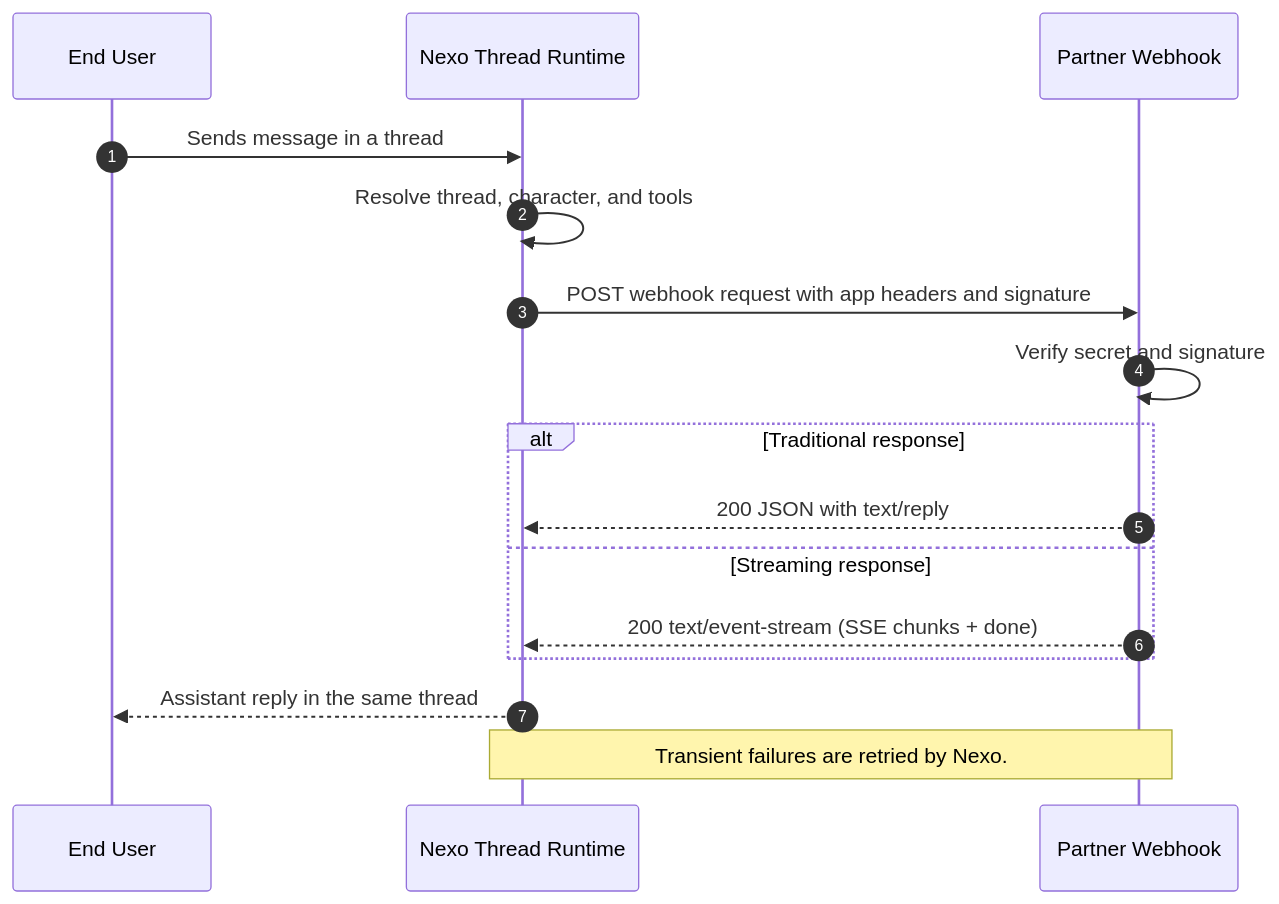
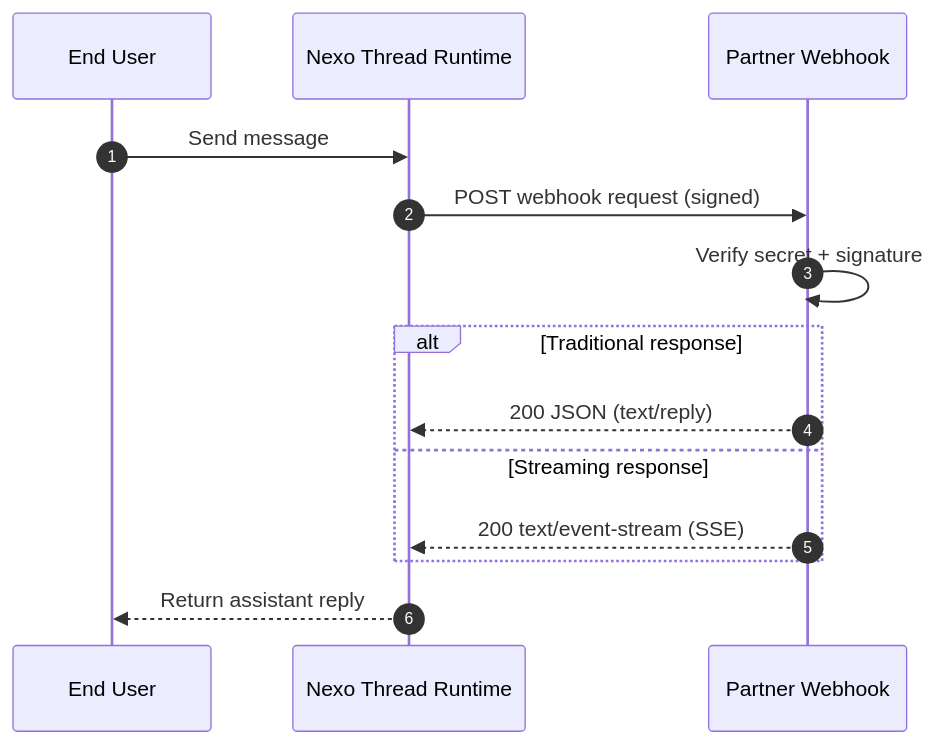
Before and after one commit to The-Wordlab/luzia-nexo-api: the diagram in docs/index.md, drawn with Mermaid. The commit also changed other lines of this file and 7 other files, not shown here.

````diff
--- a/docs/index.md
+++ b/docs/index.md
@@ -7,19 +7,17 @@
 ```mermaid
 sequenceDiagram
     autonumber
     participant User as End User
     participant Nexo as Nexo Thread Runtime
     participant Partner as Partner Webhook
 
-    User->>Nexo: Sends message in a thread
-    Nexo->>Nexo: Resolve thread, character, and tools
-    Nexo->>Partner: POST webhook request with app headers and signature
-    Partner->>Partner: Verify secret and signature
+    User->>Nexo: Send message
+    Nexo->>Partner: POST webhook request (signed)
+    Partner->>Partner: Verify secret + signature
     alt Traditional response
-        Partner-->>Nexo: 200 JSON with text/reply
+        Partner-->>Nexo: 200 JSON (text/reply)
     else Streaming response
-        Partner-->>Nexo: 200 text/event-stream (SSE chunks + done)
+        Partner-->>Nexo: 200 text/event-stream (SSE)
     end
-    Nexo-->>User: Assistant reply in the same thread
-    Note over Nexo,Partner: Transient failures are retried by Nexo.
+    Nexo-->>User: Return assistant reply
 ```
````
